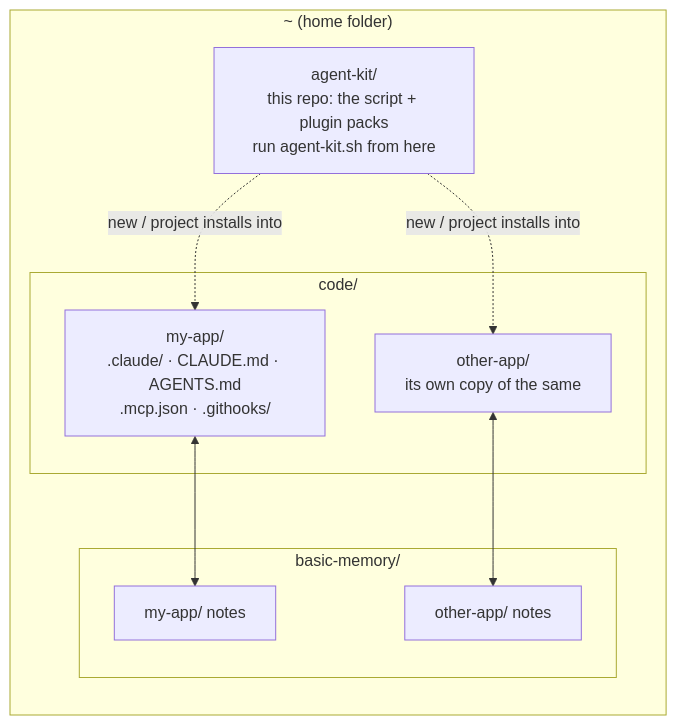
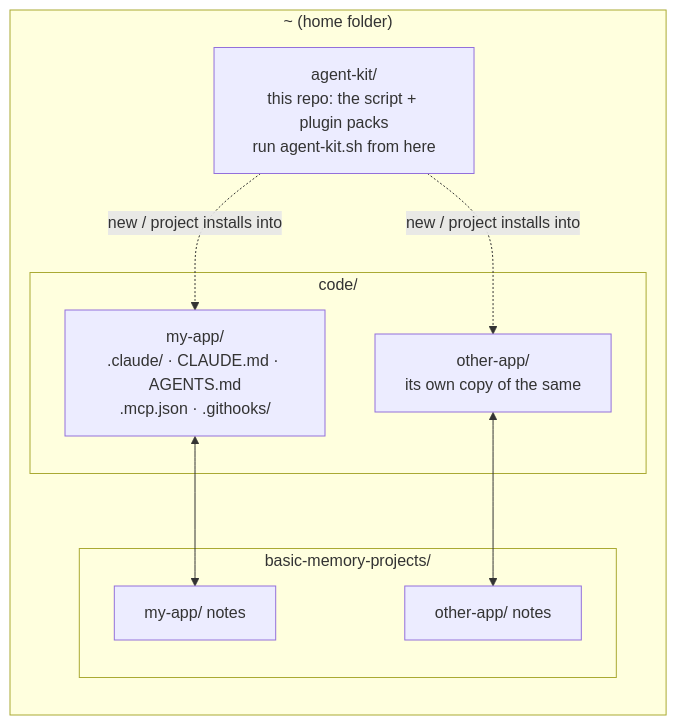
One commit to milosanokklis-debug/new_ai_setup changed the second of 6 diagrams in README.md. Above: the diagram before and after it, drawn with Mermaid. The commit also changed other lines of this file and 5 other files, not shown here.

````diff
--- a/README.md
+++ b/README.md
@@ -92,17 +92,17 @@
 ```mermaid
 flowchart LR
     subgraph home["~ (home folder)"]
         kit["agent-kit/<br/>this repo: the script + plugin packs<br/>run agent-kit.sh from here"]
         subgraph code["code/"]
             a["my-app/<br/>.claude/ · CLAUDE.md · AGENTS.md<br/>.mcp.json · .githooks/"]
             b["other-app/<br/>its own copy of the same"]
         end
-        subgraph mem["basic-memory/"]
+        subgraph mem["basic-memory-projects/"]
             ma["my-app/ notes"]
             mb["other-app/ notes"]
         end
     end
     kit -. "new / project installs into" .-> a & b
     a <--> ma
     b <--> mb
 ```
````
